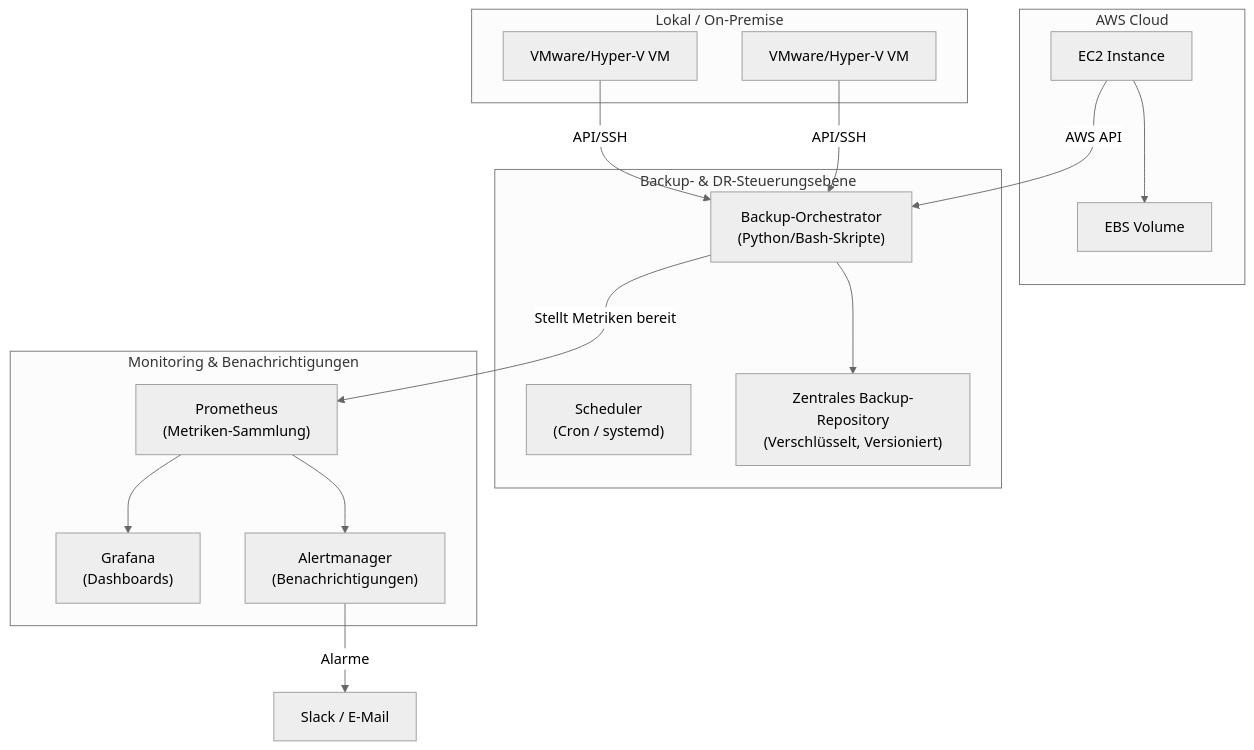
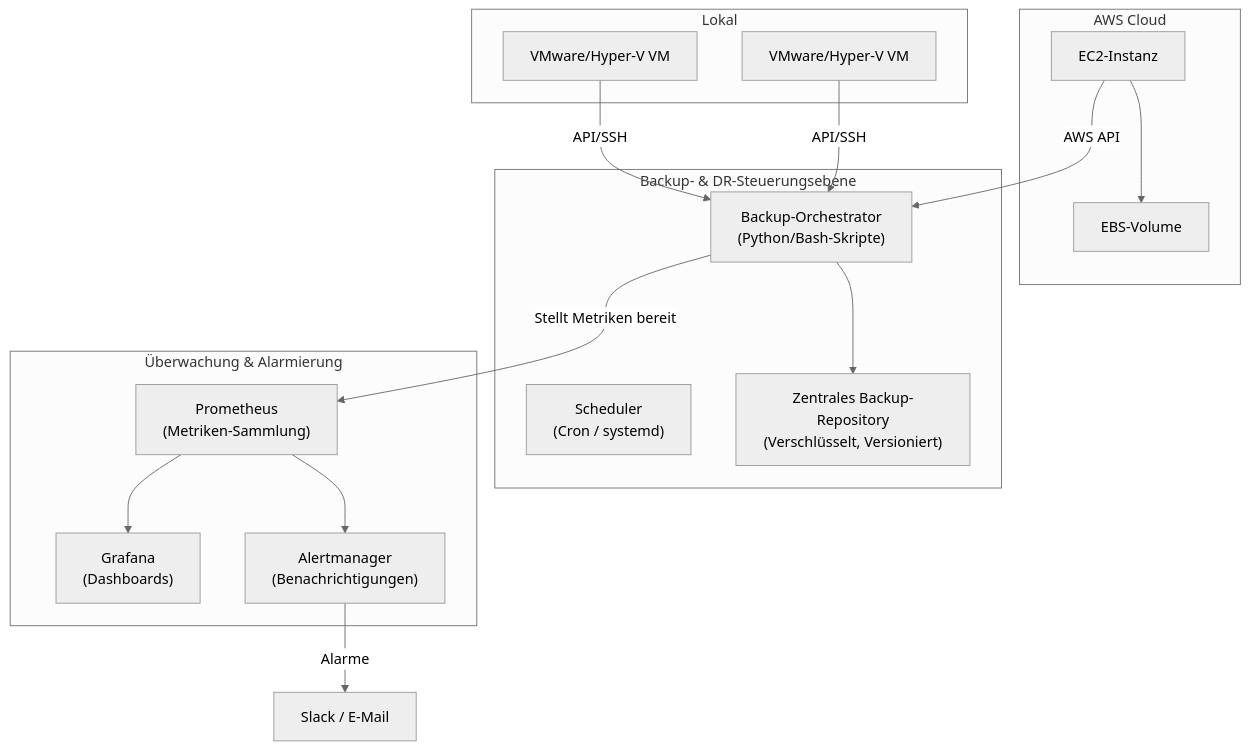
One commit to VDarius-IT/Centralize_backup_and_disaster_recovery_ changed the diagram in README_DE.md. Above: the diagram before and after it, drawn with Mermaid (neutral theme). The commit also changed other lines of this file, not shown here.

````diff
--- a/README_DE.md
+++ b/README_DE.md
@@ -67,34 +67,34 @@
 ```mermaid
 graph TD
-    subgraph "Lokal / On-Premise"
+    subgraph "Lokal"
         VM1["VMware/Hyper-V VM"]
         VM2["VMware/Hyper-V VM"]
     end
 
     subgraph "AWS Cloud"
-        EC2["EC2 Instance"] --> EBS["EBS Volume"]
+        EC2["EC2-Instanz"] --> EBS["EBS-Volume"]
     end
 
     subgraph "Backup- & DR-Steuerungsebene"
         Orchestrator["Backup-Orchestrator<br/>(Python/Bash-Skripte)"]
         Scheduler["Scheduler<br/>(Cron / systemd)"]
         BackupRepo["Zentrales Backup-Repository<br/>(Verschlüsselt, Versioniert)"]
     end
 
-    subgraph "Monitoring & Benachrichtigungen"
+    subgraph "Überwachung & Alarmierung"
         Prometheus["Prometheus<br/>(Metriken-Sammlung)"]
         Grafana["Grafana<br/>(Dashboards)"]
         Alertmanager["Alertmanager<br/>(Benachrichtigungen)"]
     end
 
     VM1 -- API/SSH --> Orchestrator
     VM2 -- API/SSH --> Orchestrator
     EC2 -- AWS API --> Orchestrator
     
     Orchestrator --> BackupRepo
     Orchestrator -- Stellt Metriken bereit --> Prometheus
     
     Prometheus --> Grafana
     Prometheus --> Alertmanager
     Alertmanager -- Alarme --> Slack["Slack / E-Mail"]
 ```
````
